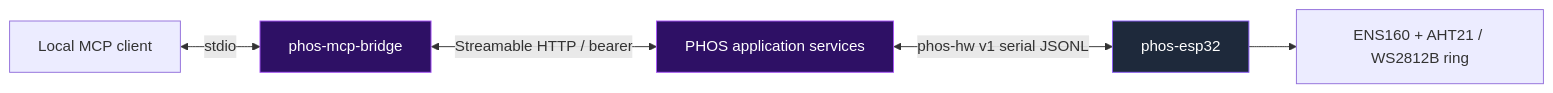
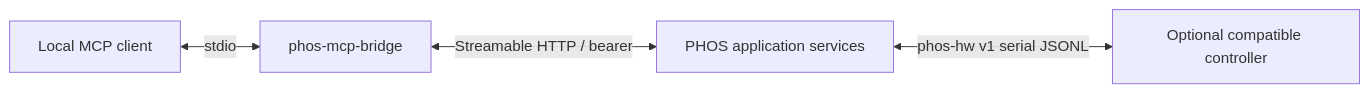
Before and after one commit to phosairobot/phos: the second of 5 diagrams in docs/mcp-overview.md, drawn with Mermaid. The commit also changed other lines of this file and 64 other files, not shown here.

````diff
--- a/docs/mcp-overview.md
+++ b/docs/mcp-overview.md
@@ -23,10 +28,6 @@
 ```mermaid
 flowchart LR
   client[Local MCP client] <-->|stdio| bridge[phos-mcp-bridge]
   bridge <-->|Streamable HTTP / bearer| phos[PHOS application services]
-  phos <-->|phos-hw v1 serial JSONL| esp[phos-esp32]
-  esp --> peripherals[ENS160 + AHT21 / WS2812B ring]
-  style bridge fill:#2e1065,stroke:#a855f7,color:#fff
-  style phos fill:#2e1065,stroke:#a855f7,color:#fff
-  style esp fill:#1e293b,stroke:#8b5cf6,color:#fff
+  phos <-->|phos-hw v1 serial JSONL| controller[Optional compatible controller]
 ```
````
